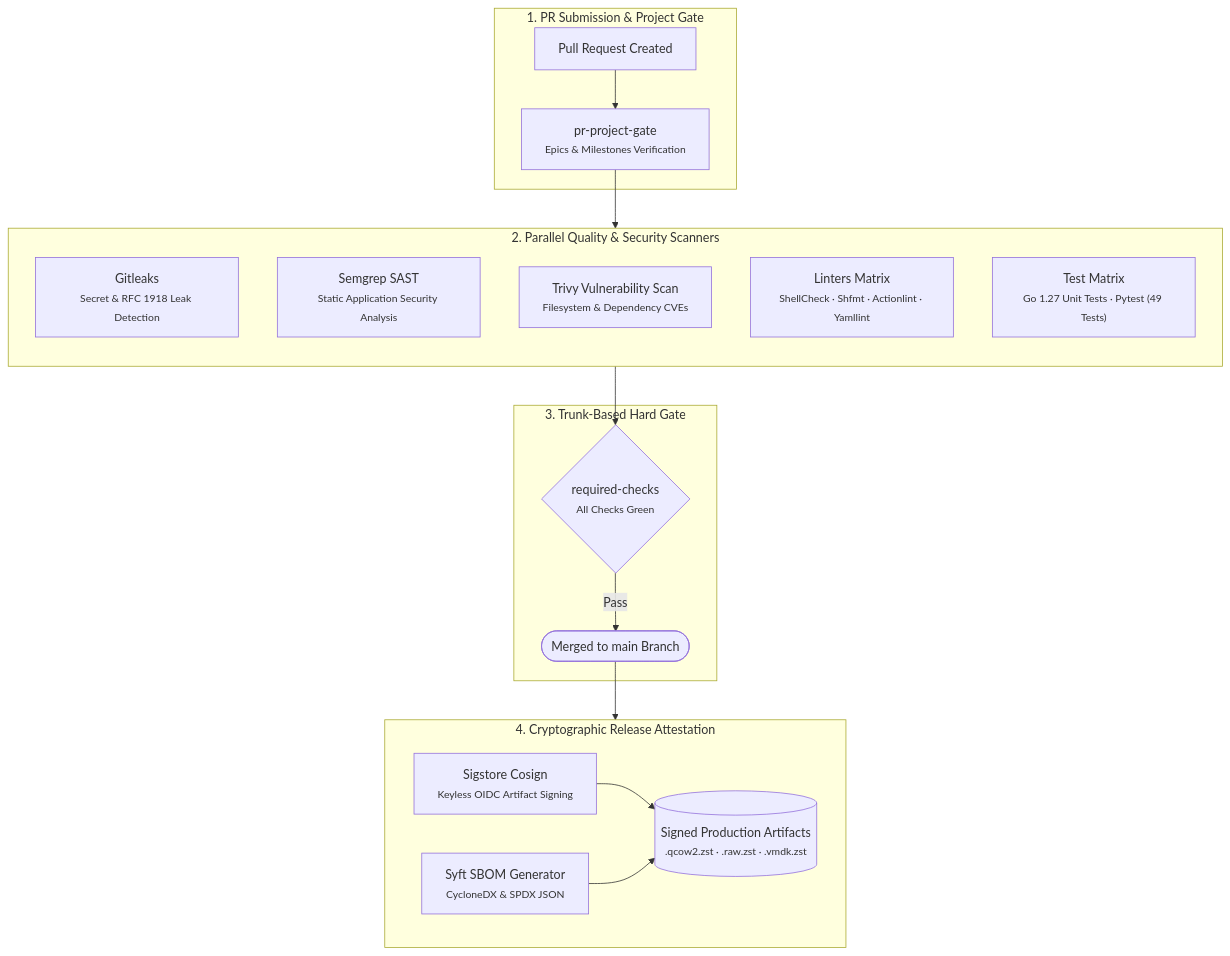
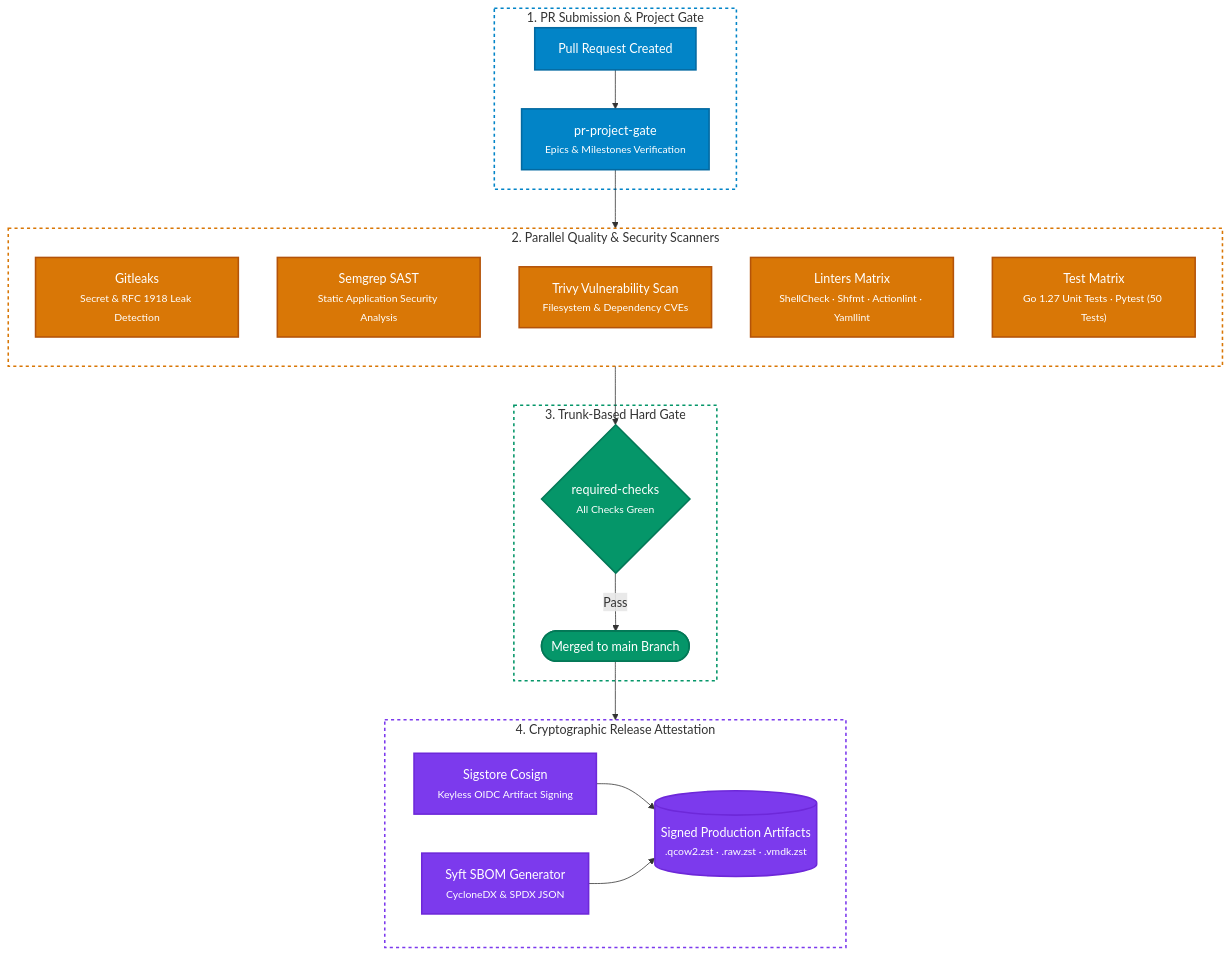
Before and after one commit to lusoris/lusoris-cloud-images: the diagram in docs/security/supply-chain.md, drawn with Mermaid. The commit also changed 53 other files, not shown here.

First line of the commit message:
feat(agents): implement ai studio managed agents fleet, compliance pipeline, and diagram styling (#24)

````diff
--- a/docs/security/supply-chain.md
+++ b/docs/security/supply-chain.md
@@ -33,34 +33,45 @@
 ```mermaid
 flowchart TD
+    %% Semantic class definitions with vibrant, high-contrast jewel palettes
+    classDef pr fill:#0284c7,stroke:#0369a1,stroke-width:2px,color:#ffffff
+    classDef scan fill:#d97706,stroke:#b45309,stroke-width:2px,color:#ffffff
+    classDef merge fill:#059669,stroke:#047857,stroke-width:2px,color:#ffffff
+    classDef release fill:#7c3aed,stroke:#6d28d9,stroke-width:2px,color:#ffffff
+
     subgraph PRGate["1. PR Submission & Project Gate"]
-        PR["Pull Request Created"]
-        ProjectGate["pr-project-gate<br/><small>Epics & Milestones Verification</small>"]
+        PR["Pull Request Created"]:::pr
+        ProjectGate["pr-project-gate<br/><small>Epics & Milestones Verification</small>"]:::pr
         PR --> ProjectGate
     end
 
     subgraph SecurityScans["2. Parallel Quality & Security Scanners"]
         direction TB
-        Gitleaks["Gitleaks<br/><small>Secret & RFC 1918 Leak Detection</small>"]
-        Semgrep["Semgrep SAST<br/><small>Static Application Security Analysis</small>"]
-        Trivy["Trivy Vulnerability Scan<br/><small>Filesystem & Dependency CVEs</small>"]
-        Linter["Linters Matrix<br/><small>ShellCheck · Shfmt · Actionlint · Yamllint</small>"]
-        Tests["Test Matrix<br/><small>Go 1.27 Unit Tests · Pytest (49 Tests)</small>"]
+        Gitleaks["Gitleaks<br/><small>Secret & RFC 1918 Leak Detection</small>"]:::scan
+        Semgrep["Semgrep SAST<br/><small>Static Application Security Analysis</small>"]:::scan
+        Trivy["Trivy Vulnerability Scan<br/><small>Filesystem & Dependency CVEs</small>"]:::scan
+        Linter["Linters Matrix<br/><small>ShellCheck · Shfmt · Actionlint · Yamllint</small>"]:::scan
+        Tests["Test Matrix<br/><small>Go 1.27 Unit Tests · Pytest (50 Tests)</small>"]:::scan
     end
 
     subgraph MergeGate["3. Trunk-Based Hard Gate"]
-        Aggregator{"required-checks<br/><small>All Checks Green</small>"}
-        MainBranch(["Merged to main Branch"])
+        Aggregator{"required-checks<br/><small>All Checks Green</small>"}:::merge
+        MainBranch(["Merged to main Branch"]):::merge
     end
 
     subgraph ReleaseChain["4. Cryptographic Release Attestation"]
-        Cosign["Sigstore Cosign<br/><small>Keyless OIDC Artifact Signing</small>"]
-        Syft["Syft SBOM Generator<br/><small>CycloneDX & SPDX JSON</small>"]
-        Artifacts[("Signed Production Artifacts<br/><small>.qcow2.zst · .raw.zst · .vmdk.zst</small>")]
+        Cosign["Sigstore Cosign<br/><small>Keyless OIDC Artifact Signing</small>"]:::release
+        Syft["Syft SBOM Generator<br/><small>CycloneDX & SPDX JSON</small>"]:::release
+        Artifacts[("Signed Production Artifacts<br/><small>.qcow2.zst · .raw.zst · .vmdk.zst</small>")]:::release
         Cosign & Syft --> Artifacts
     end
 
     ProjectGate --> SecurityScans
     SecurityScans --> Aggregator
     Aggregator -->|Pass| MainBranch
     MainBranch --> ReleaseChain
+
+    style PRGate fill:none,stroke:#0284c7,stroke-width:2px,stroke-dasharray: 4 4
+    style SecurityScans fill:none,stroke:#d97706,stroke-width:2px,stroke-dasharray: 4 4
+    style MergeGate fill:none,stroke:#059669,stroke-width:2px,stroke-dasharray: 4 4
+    style ReleaseChain fill:none,stroke:#7c3aed,stroke-width:2px,stroke-dasharray: 4 4
 ```
````
